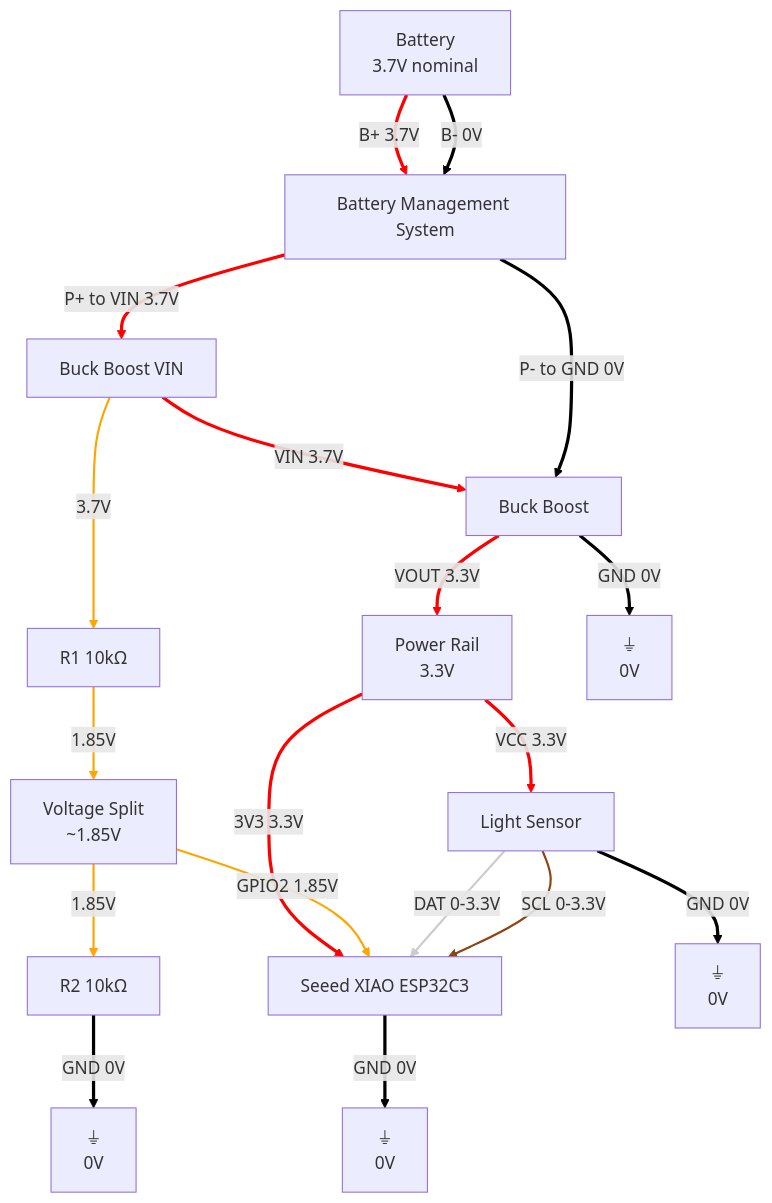
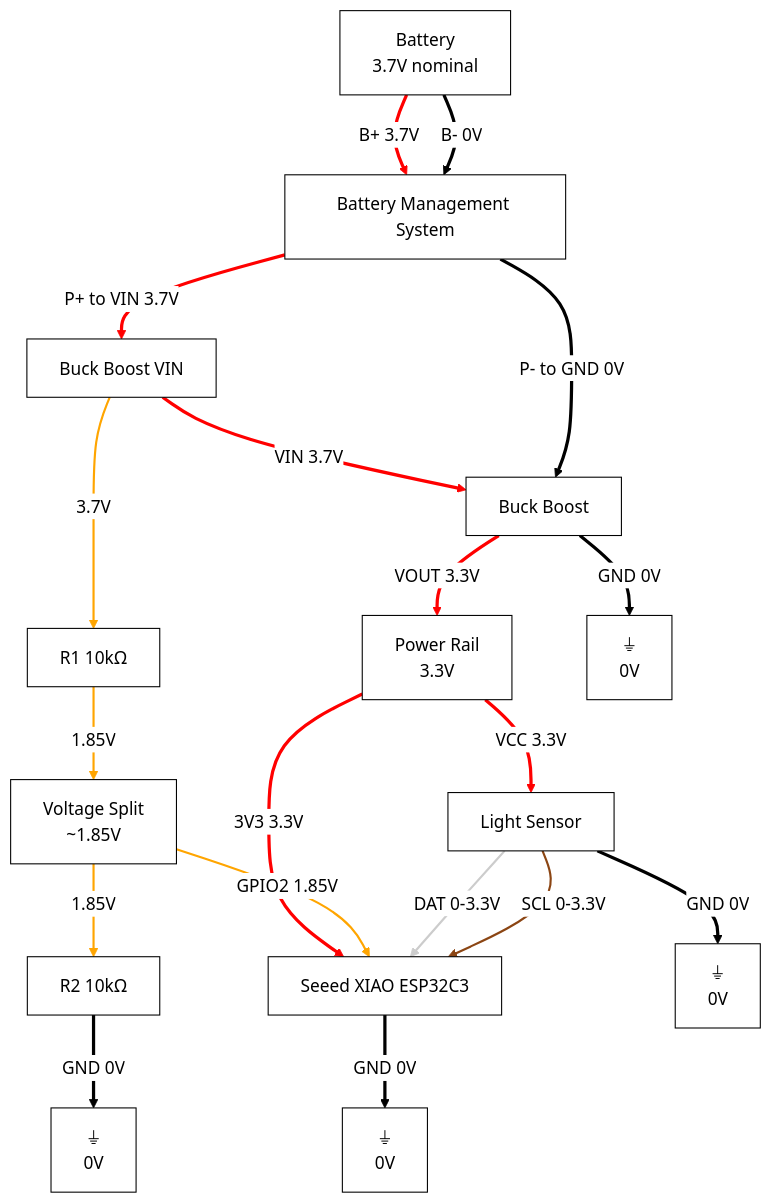
One commit to kden/kden.github.io changed the second of 3 diagrams in sunlight-sensor/SensorHardwareV3.md. Above: the diagram before and after it, drawn with Mermaid. The commit also changed other lines of this file, not shown here.

Commit message:
troubleshooting mermaid diagrams

````diff
--- a/sunlight-sensor/SensorHardwareV3.md
+++ b/sunlight-sensor/SensorHardwareV3.md
@@ -78,69 +79,70 @@
 ```mermaid
+%%{init: {'theme':'base', 'themeVariables': {'background':'#ffffff', 'primaryColor':'#ffffff', 'primaryTextColor':'#000000', 'primaryBorderColor':'#000000', 'lineColor':'#000000', 'arrowheadColor':'#000000', 'edgeLabelBackground':'#ffffff', 'clusterBkg':'#ffffff', 'defaultLinkColor':'#000000'}}}%%
 flowchart TD
     bat[Battery<br/>3.7V nominal]
     bms[Battery Management System]
     bbvin[Buck Boost VIN]
     bb[Buck Boost]
     pwr[Power Rail<br/>3.3V]
     esp32[Seeed XIAO ESP32C3]
     ls[Light Sensor]
     vsplit[Voltage Split<br/>~1.85V]
     r1[R1 10kΩ]
     r2[R2 10kΩ]
     gnd1[⏚<br/>0V]
     gnd2[⏚<br/>0V]
     gnd3[⏚<br/>0V]
     gnd4[⏚<br/>0V]
 
     %% Battery connections
     bat -->|B+ 3.7V| bms
     bat -->|B- 0V| bms
     
     %% BMS to Buck Boost
     bms -->|P+ to VIN 3.7V| bbvin
     bbvin -->|VIN 3.7V| bb
     bms -->|P- to GND 0V| bb
     
     %% Buck Boost output
     bb -->|VOUT 3.3V| pwr
     
     %% Power distribution
     pwr -->|3V3 3.3V| esp32
     pwr -->|VCC 3.3V| ls
     
     %% ESP32 connections
     vsplit -->|GPIO2 1.85V| esp32
     ls -->|DAT 0-3.3V| esp32
     ls -->|SCL 0-3.3V| esp32
     
     %% Voltage divider
     r1 -->|1.85V| vsplit
     vsplit -->|1.85V| r2
     bbvin -->|3.7V| r1
     
     %% Ground connections
     bb -->|GND 0V| gnd1
     esp32 -->|GND 0V| gnd2
     ls -->|GND 0V| gnd3
     r2 -->|GND 0V| gnd4
 
     %% Styling for different connection types
     linkStyle 0 stroke:#ff0000,stroke-width:3px
     linkStyle 1 stroke:#000000,stroke-width:3px
     linkStyle 2 stroke:#ff0000,stroke-width:3px
     linkStyle 3 stroke:#ff0000,stroke-width:3px
     linkStyle 4 stroke:#000000,stroke-width:3px
     linkStyle 5 stroke:#ff0000,stroke-width:3px
     linkStyle 6 stroke:#ff0000,stroke-width:3px
     linkStyle 7 stroke:#ff0000,stroke-width:3px
     linkStyle 8 stroke:#ffa500,stroke-width:2px
     linkStyle 9 stroke:#cccccc,stroke-width:2px
     linkStyle 10 stroke:#8b4513,stroke-width:2px
     linkStyle 11 stroke:#ffa500,stroke-width:2px
     linkStyle 12 stroke:#ffa500,stroke-width:2px
     linkStyle 13 stroke:#ffa500,stroke-width:2px
     linkStyle 14 stroke:#000000,stroke-width:3px
     linkStyle 15 stroke:#000000,stroke-width:3px
     linkStyle 16 stroke:#000000,stroke-width:3px
     linkStyle 17 stroke:#000000,stroke-width:3px
 ```
````
